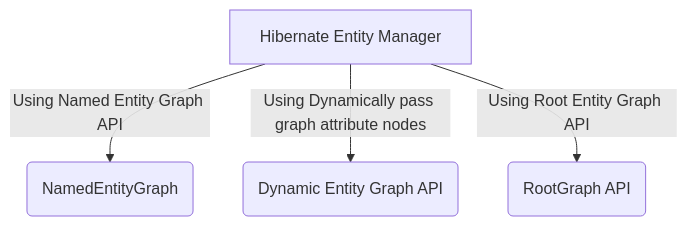
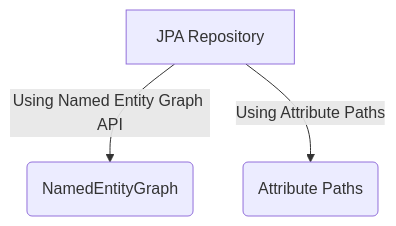
One commit to Enikohob/EntityGraphJPARepository changed the second of 2 diagrams in README.md. Above: the diagram before and after it, drawn with Mermaid. The commit also changed other lines of this file, not shown here.

````diff
--- a/README.md
+++ b/README.md
@@ -28,7 +28,6 @@
 ```mermaid
 graph TD
 		
-	A[Hibernate Entity Manager] --> | Using Named Entity Graph API | B(NamedEntityGraph)
-	A[Hibernate Entity Manager] --> | Using Dynamically pass graph attribute nodes | C(Dynamic Entity Graph API)
-	A[Hibernate Entity Manager] --> | Using Root Entity Graph API | D(RootGraph API)
+	A[JPA Repository] --> | Using Named Entity Graph API | B(NamedEntityGraph)
+	A[JPA Repository] --> | Using Attribute Paths | C(Attribute Paths)
 ```
````
